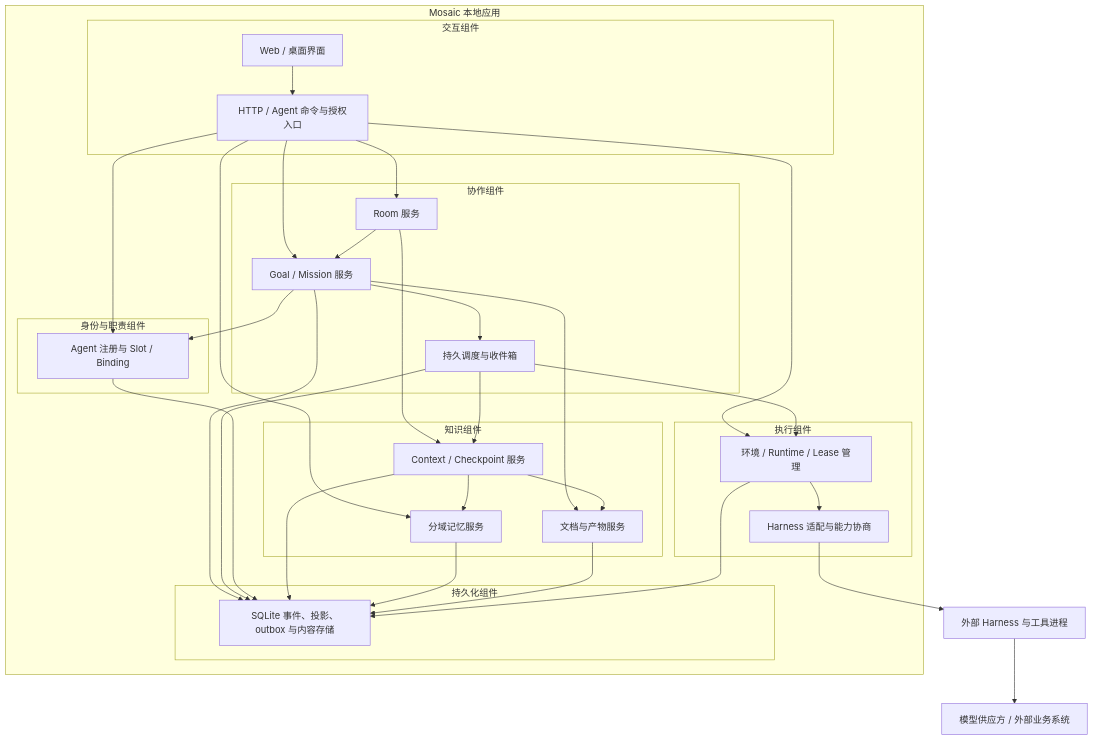
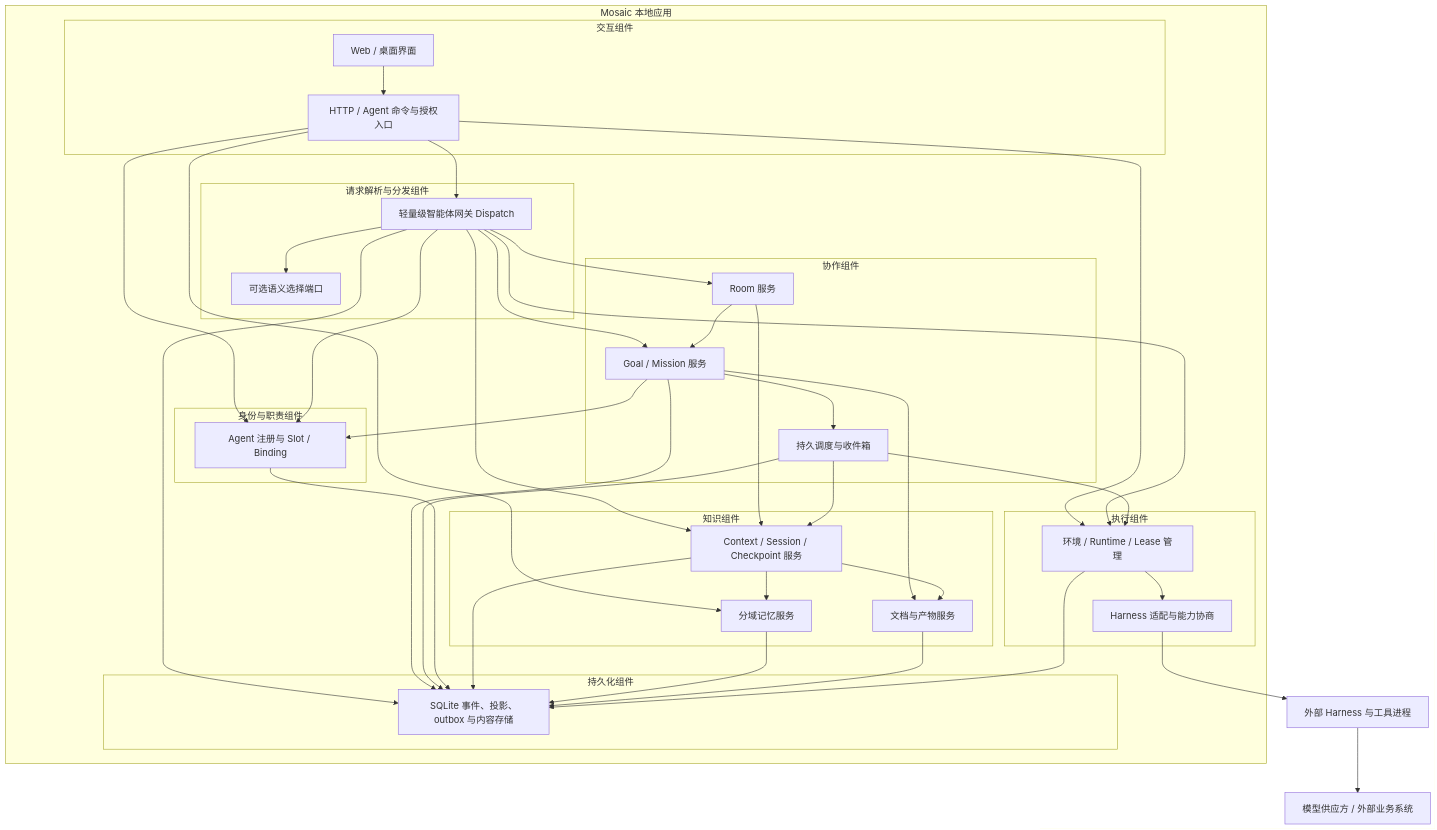
Before and after one commit to sisibeloved/Mosaic: the first of 5 diagrams in docs/design/rfc/2026-10-28-rfc-0018-personal-agent-swarm.md, drawn with Mermaid. The commit also changed other lines of this file and 2 other files, not shown here.

````diff
--- a/docs/design/rfc/2026-10-28-rfc-0018-personal-agent-swarm.md
+++ b/docs/design/rfc/2026-10-28-rfc-0018-personal-agent-swarm.md
@@ -152,56 +159,66 @@
 ```mermaid
 graph TB
   subgraph Mosaic["Mosaic 本地应用"]
     subgraph Presentation["交互组件"]
       UI["Web / 桌面界面"]
       Gateway["HTTP / Agent 命令与授权入口"]
+    end
+    subgraph Routing["请求解析与分发组件"]
+      Dispatch["轻量级智能体网关 Dispatch"]
+      Semantic["可选语义选择端口"]
     end
     subgraph Collaboration["协作组件"]
       Room["Room 服务"]
       Mission["Goal / Mission 服务"]
       Scheduler["持久调度与收件箱"]
     end
     subgraph Identity["身份与职责组件"]
       AgentRegistry["Agent 注册与 Slot / Binding"]
     end
     subgraph Knowledge["知识组件"]
-      Context["Context / Checkpoint 服务"]
+      Context["Context / Session / Checkpoint 服务"]
       Memory["分域记忆服务"]
       Assets["文档与产物服务"]
     end
     subgraph Execution["执行组件"]
       Runtime["环境 / Runtime / Lease 管理"]
       Adapter["Harness 适配与能力协商"]
     end
     subgraph Persistence["持久化组件"]
       Store["SQLite 事件、投影、outbox 与内容存储"]
     end
   end
   Harness["外部 Harness 与工具进程"]
   Provider["模型供应方 / 外部业务系统"]
   UI --> Gateway
-  Gateway --> Room
-  Gateway --> Mission
+  Gateway --> Dispatch
   Gateway --> AgentRegistry
   Gateway --> Memory
   Gateway --> Runtime
+  Dispatch --> Room
+  Dispatch --> Mission
+  Dispatch --> AgentRegistry
+  Dispatch --> Context
+  Dispatch --> Runtime
+  Dispatch --> Semantic
+  Dispatch --> Store
   Room --> Mission
   Room --> Context
   Mission --> Scheduler
   Mission --> AgentRegistry
   Mission --> Assets
   Mission --> Store
   Scheduler --> Context
   Scheduler --> Runtime
   Scheduler --> Store
   AgentRegistry --> Store
   Context --> Memory
   Context --> Assets
   Context --> Store
   Memory --> Store
   Assets --> Store
   Runtime --> Adapter
   Runtime --> Store
   Adapter --> Harness
   Harness --> Provider
 ```
````
